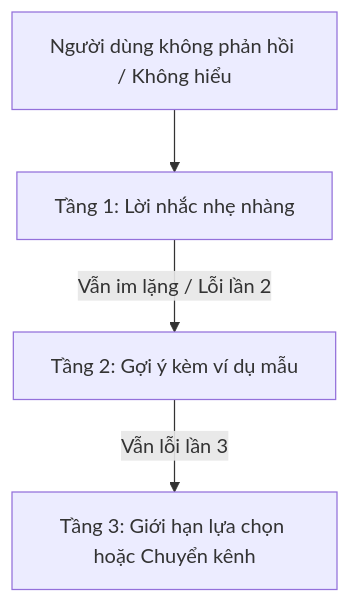
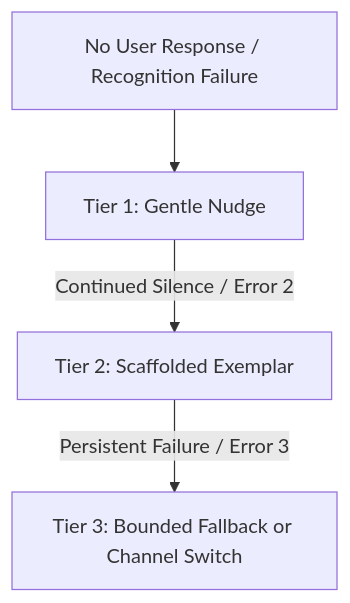
Before and after one commit to jangtrinh/design-os-voice-ux: the diagram in 02-interaction-patterns/error-recovery-and-repair.md, drawn with Mermaid. The commit also changed other lines of this file and 41 other files, not shown here.

````diff
--- a/02-interaction-patterns/error-recovery-and-repair.md
+++ b/02-interaction-patterns/error-recovery-and-repair.md
@@ -22,6 +22,6 @@
 ```mermaid
 graph TD
-    Start[Người dùng không phản hồi / Không hiểu] --> Tier1[Tầng 1: Lời nhắc nhẹ nhàng]
-    Tier1 -->|Vẫn im lặng / Lỗi lần 2| Tier2[Tầng 2: Gợi ý kèm ví dụ mẫu]
-    Tier2 -->|Vẫn lỗi lần 3| Tier3[Tầng 3: Giới hạn lựa chọn hoặc Chuyển kênh]
+    Start[No User Response / Recognition Failure] --> Tier1[Tier 1: Gentle Nudge]
+    Tier1 -->|Continued Silence / Error 2| Tier2[Tier 2: Scaffolded Exemplar]
+    Tier2 -->|Persistent Failure / Error 3| Tier3[Tier 3: Bounded Fallback or Channel Switch]
 ```
````
